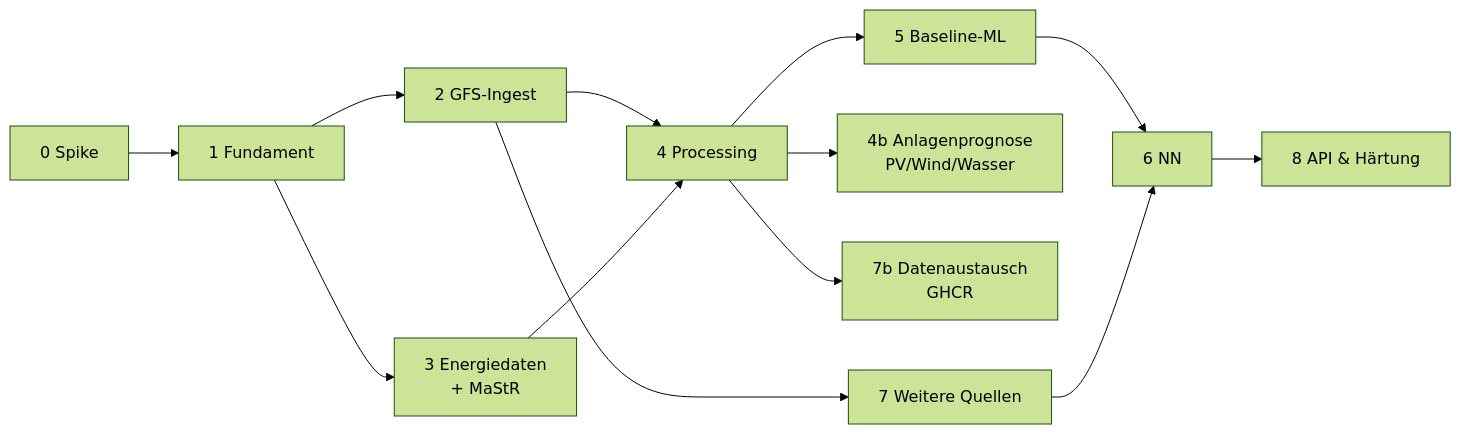
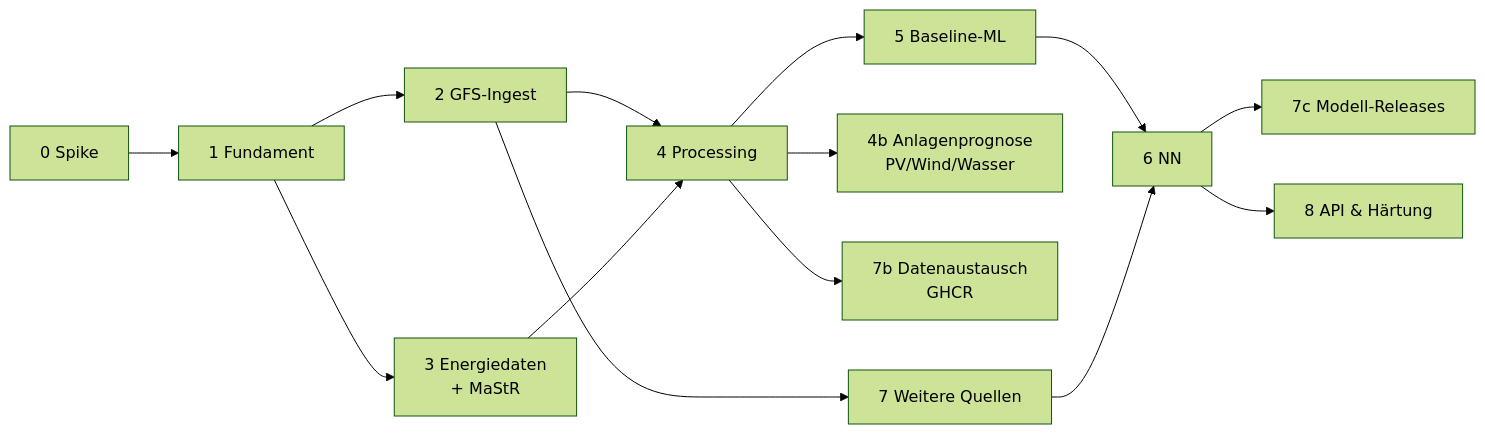
One commit to the78mole/PredictionDB changed diagram 18 of 18 in docs/ARCHITEKTUR.md. Above: the diagram before and after it, drawn with Mermaid (forest theme). The commit also changed other lines of this file, not shown here.

First line of the commit message:
docs(architektur): Modell-Releases in GHCR, Quellenbedingungen geprüft

````diff
--- a/docs/ARCHITEKTUR.md
+++ b/docs/ARCHITEKTUR.md
@@ -1545,13 +1593,14 @@
 ```mermaid
 flowchart LR
     P0["0 Spike"] --> P1["1 Fundament"] --> P2["2 GFS-Ingest"]
     P1 --> P3["3 Energiedaten<br/>+ MaStR"]
     P2 --> P4["4 Processing"]
     P3 --> P4
     P4 --> P5["5 Baseline-ML"] --> P6["6 NN"]
     P4 --> P4B["4b Anlagenprognose<br/>PV/Wind/Wasser"]
     P4 --> P7B["7b Datenaustausch<br/>GHCR"]
+    P6 --> P7C["7c Modell-Releases"]
     P2 --> P7["7 Weitere Quellen"]
     P7 --> P6
     P6 --> P8["8 API & Härtung"]
 ```
````
